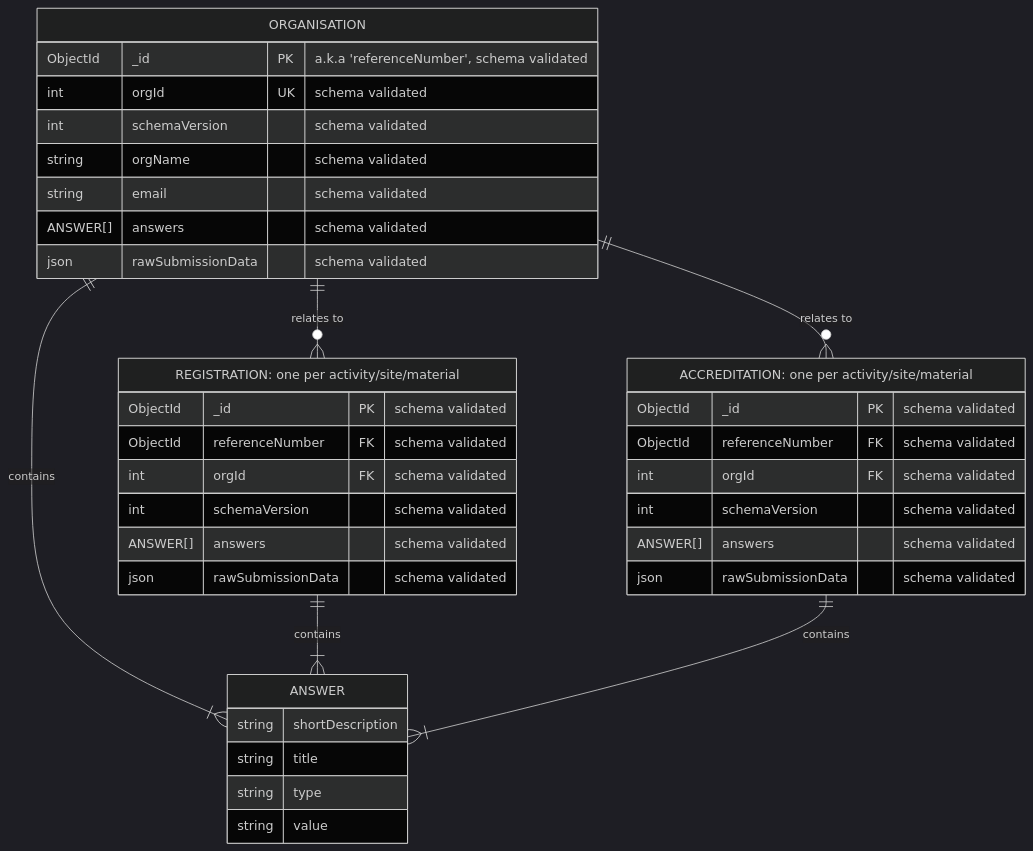
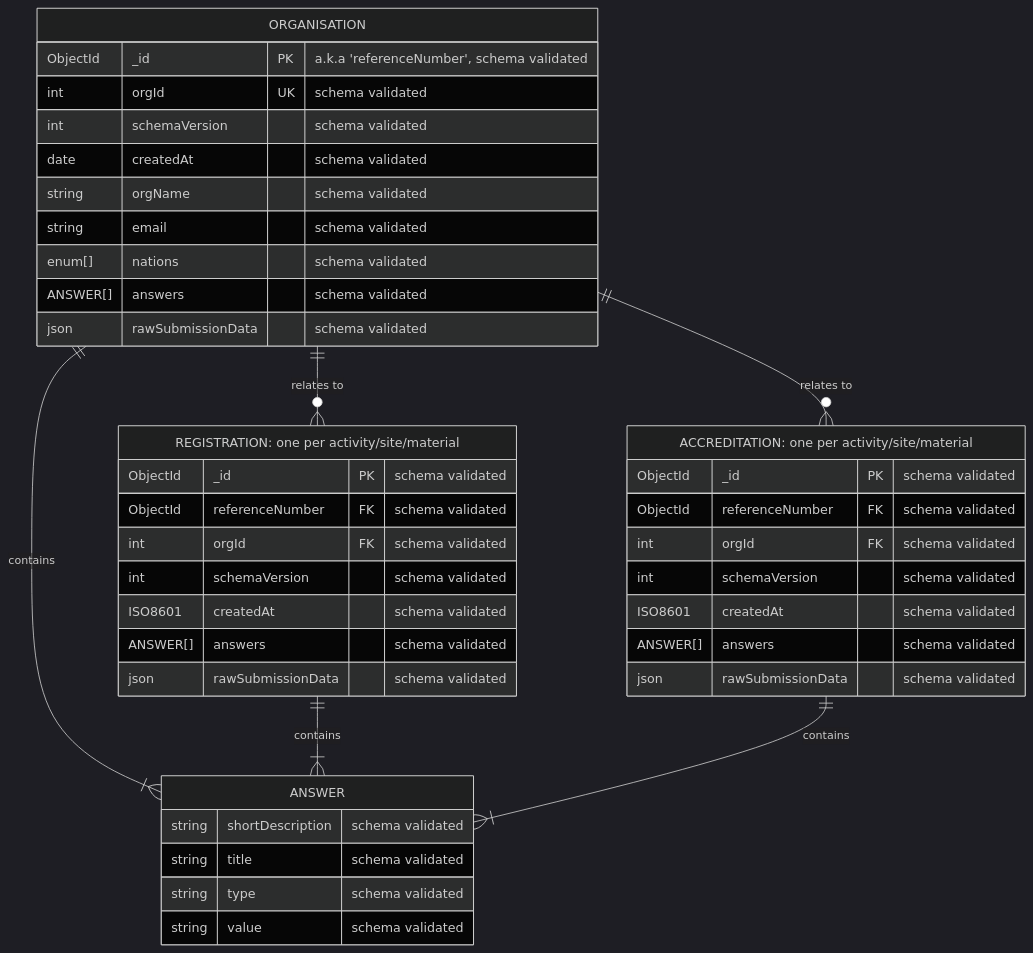
Before and after one commit to DEFRA/epr-backend: the tenth of 10 diagrams in docs/architecture/defined/2025-reg-acc-lld.md, drawn with Mermaid (dark theme). The commit also changed 16 other files, not shown here.

Commit message:
PAE-162: create db schema validations

````diff
--- a/docs/architecture/defined/2025-reg-acc-lld.md
+++ b/docs/architecture/defined/2025-reg-acc-lld.md
@@ -285,52 +285,56 @@
 ```mermaid
 erDiagram
 
 %% Entities
 ORGANISATION
 REGISTRATION["REGISTRATION: one per activity/site/material"]
 ACCREDITATION["ACCREDITATION: one per activity/site/material"]
 ANSWER
 
 %% Structure
 ORGANISATION {
   ObjectId _id PK "a.k.a 'referenceNumber', schema validated"
   int orgId UK "schema validated"
   int schemaVersion "schema validated"
+  date createdAt "schema validated"
   string orgName "schema validated"
   string email "schema validated"
+  enum[] nations "schema validated"
   ANSWER[] answers "schema validated"
   json rawSubmissionData "schema validated"
 }
 
 REGISTRATION {
   ObjectId _id PK "schema validated"
   ObjectId referenceNumber FK "schema validated"
   int orgId FK "schema validated"
   int schemaVersion "schema validated"
+  ISO8601 createdAt "schema validated"
   ANSWER[] answers "schema validated"
   json rawSubmissionData "schema validated"
 }
 
 ACCREDITATION {
   ObjectId _id PK "schema validated"
   ObjectId referenceNumber FK "schema validated"
   int orgId FK "schema validated"
   int schemaVersion "schema validated"
+  ISO8601 createdAt "schema validated"
   ANSWER[] answers "schema validated"
   json rawSubmissionData "schema validated"
 }
 
 ANSWER {
-  string shortDescription
-  string title
-  string type
-  string value
+  string shortDescription "schema validated"
+  string title "schema validated"
+  string type "schema validated"
+  string value "schema validated"
 }
 
 %% Relationships
 ORGANISATION ||--|{ ANSWER : contains
 REGISTRATION ||--|{ ANSWER : contains
 ACCREDITATION ||--|{ ANSWER : contains
 ORGANISATION ||--o{ REGISTRATION : "relates to"
 ORGANISATION ||--o{ ACCREDITATION : "relates to"
 ```
````
